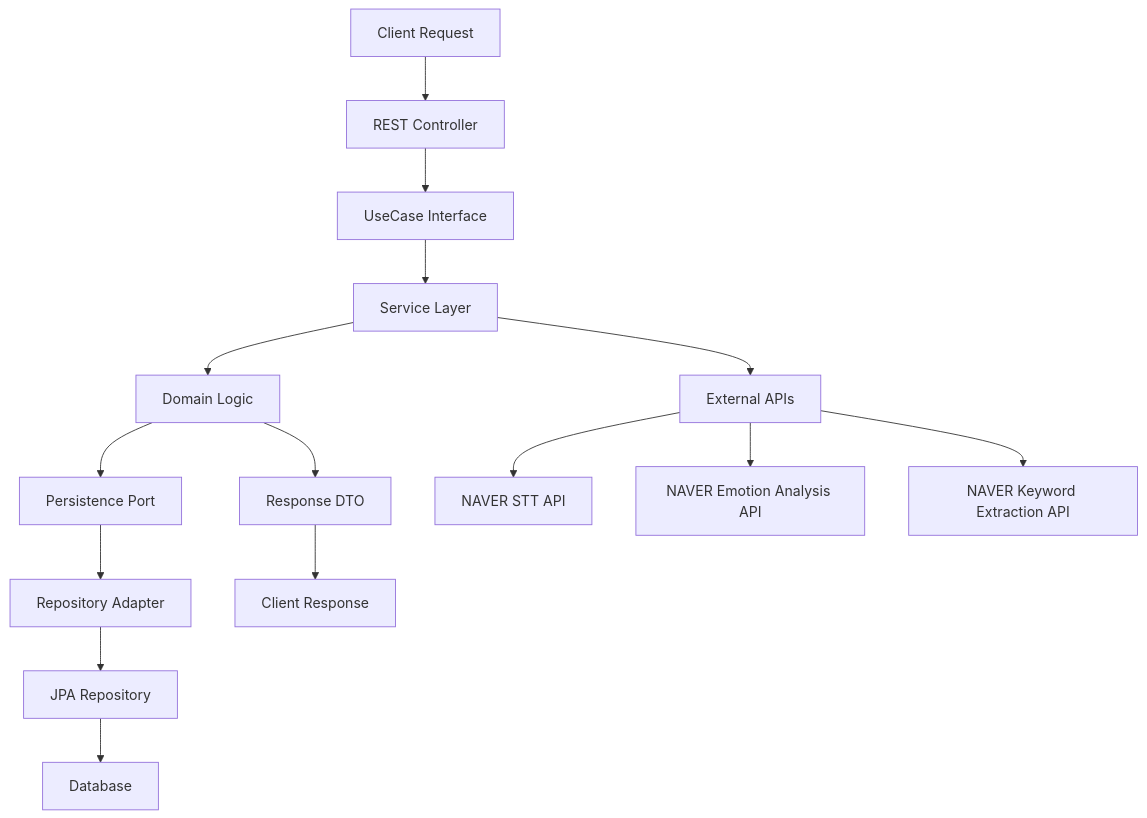
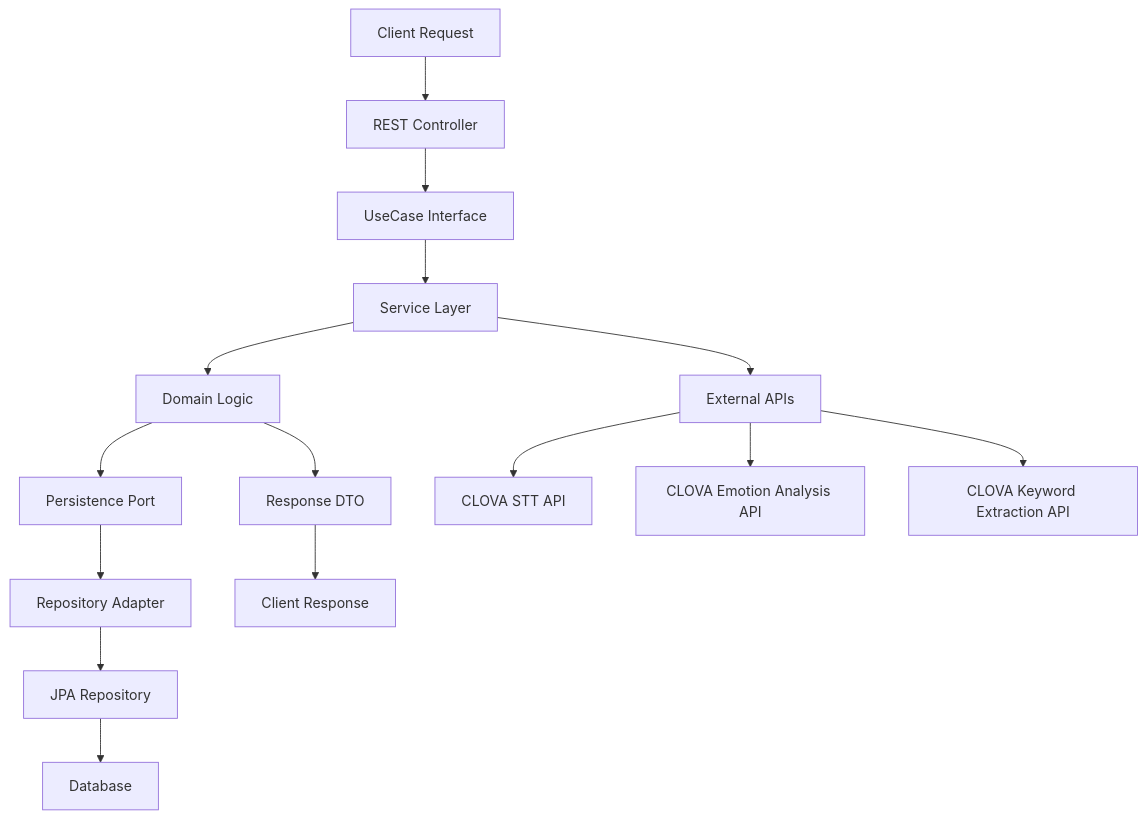
One commit to team-melog/melog-be changed the diagram in README.md. Above: the diagram before and after it, drawn with Mermaid. The commit also changed other lines of this file, not shown here.

````diff
--- a/README.md
+++ b/README.md
@@ -42,19 +42,19 @@
 ```mermaid
 flowchart TD
     A[Client Request] --> B[REST Controller]
     B --> C[UseCase Interface]
     C --> D[Service Layer]
     D --> E[Domain Logic]
     E --> F[Persistence Port]
     F --> G[Repository Adapter]
     G --> H[JPA Repository]
     H --> I[Database]
     
     D --> J[External APIs]
-    J --> K[NAVER STT API]
-    J --> L[NAVER Emotion Analysis API]
-    J --> M[NAVER Keyword Extraction API]
+    J --> K[CLOVA STT API]
+    J --> L[CLOVA Emotion Analysis API]
+    J --> M[CLOVA Keyword Extraction API]
     
     E --> N[Response DTO]
     N --> O[Client Response]
 ```
````
